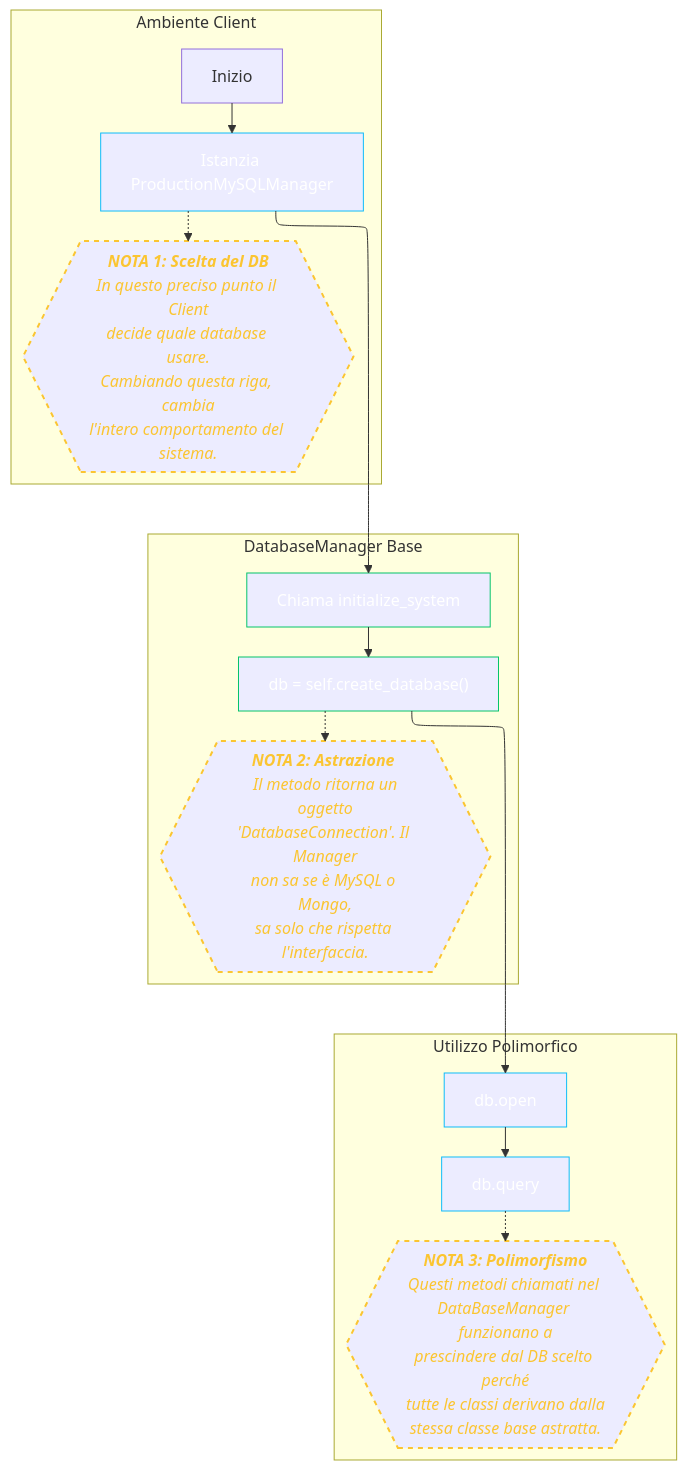
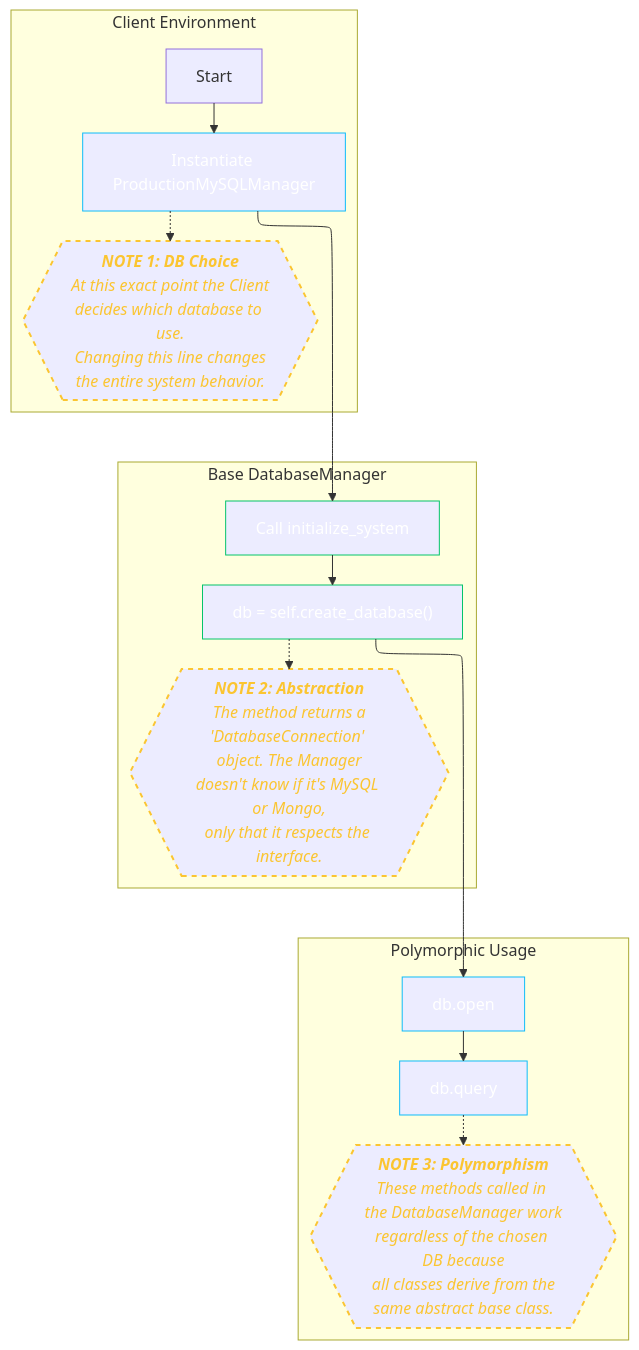
One commit to lucadileo9/design-pattern changed the third of 3 diagrams in 01_creational/factory/README.md. Above: the diagram before and after it, drawn with Mermaid. The commit also changed other lines of this file and 43 other files, not shown here.

````diff
--- a/01_creational/factory/README.md
+++ b/01_creational/factory/README.md
@@ -147,45 +147,45 @@
 ```mermaid
 %%{init: {"layout": "elk"}}%%
 graph 
-    %% Definizione Stili Note
+    %% Note Styles Definition
     classDef note style fill:#2f3640,stroke:#fbc531,stroke-width:2px,stroke-dasharray: 5 5,color:#fbc531,font-style:italic;
     classDef action style fill:#2d3436,stroke:#0fbcf9,color:#fff;
     classDef logic style fill:#2d3436,stroke:#05c46b,color:#fff;
 
-    subgraph Client_Space [Ambiente Client]
+    subgraph Client_Space [Client Environment]
         direction TB
-        A[Inizio] --> B[Istanzia ProductionMySQLManager]
+        A[Start] --> B[Instantiate ProductionMySQLManager]
         
-        %% NOTA 1
-        N1{{<b>NOTA 1: Scelta del DB</b><br/>In questo preciso punto il Client<br/>decide quale database usare.<br/>Cambiando questa riga, cambia<br/>l'intero comportamento del sistema.}}
+        %% NOTE 1
+        N1{{<b>NOTE 1: DB Choice</b><br/>At this exact point the Client<br/>decides which database to use.<br/>Changing this line changes<br/>the entire system behavior.}}
         B -.-> N1
     end
 
-    subgraph Manager_Logic [DatabaseManager Base]
+    subgraph Manager_Logic [Base DatabaseManager]
         direction TB
-        C[Chiama initialize_system] --> D["db = self.create_database()"]
+        C[Call initialize_system] --> D["db = self.create_database()"]
         
-        %% NOTA 2
-        N2{{<b>NOTA 2: Astrazione </b><br/> Il metodo ritorna un oggetto<br/>'DatabaseConnection'. Il Manager<br/>non sa se è MySQL o Mongo,<br/>sa solo che rispetta l'interfaccia.}}
+        %% NOTE 2
+        N2{{<b>NOTE 2: Abstraction</b><br/>The method returns a<br/>'DatabaseConnection' object. The Manager<br/>doesn't know if it's MySQL or Mongo,<br/>only that it respects the interface.}}
         D -.-> N2
     end
 
-    subgraph Operation [Utilizzo Polimorfico]
+    subgraph Operation [Polymorphic Usage]
         direction TB
         H[db.open] --> I[db.query]
         
-        %% NOTA 3
-        N3{{<b>NOTA 3: Polimorfismo</b><br/>Questi metodi chiamati nel DataBaseManager funzionano a<br/>prescindere dal DB scelto perché<br/>tutte le classi derivano dalla<br/>stessa classe base astratta.}}
+        %% NOTE 3
+        N3{{<b>NOTE 3: Polymorphism</b><br/>These methods called in the DatabaseManager work<br/>regardless of the chosen DB because<br/>all classes derive from the<br/>same abstract base class.}}
         I -.-> N3
     end
 
-    %% Collegamenti tra i blocchi
+    %% Links between blocks
     B --> C
     D --> H
 
-    %% Assegnazione Classi
+    %% Class Assignment
     class B,H,I action;
     class C,D logic;
     class N1,N2,N3 note;
 
 ```
````
